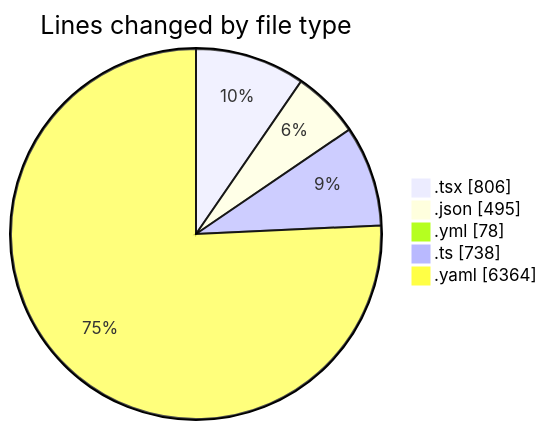
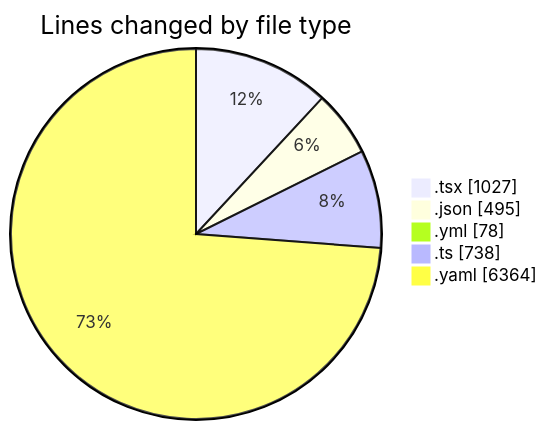
The first of 2 diagrams in 2025-11-27/eventscop-frontend-guide__workspace_/README.md (julien-gomy/code-tracking), drawn with Mermaid before and after one commit. The commit also changed other lines of this file and 1 other file, not shown here.

````diff
--- a/2025-11-27/eventscop-frontend-guide__workspace_/README.md
+++ b/2025-11-27/eventscop-frontend-guide__workspace_/README.md
@@ -44,9 +45,9 @@
 ```mermaid
 pie showData
 title Lines changed by file type
-".tsx" : 806
+".tsx" : 1027
 ".json" : 495
 ".yml" : 78
 ".ts" : 738
 ".yaml" : 6364
 ```
````
